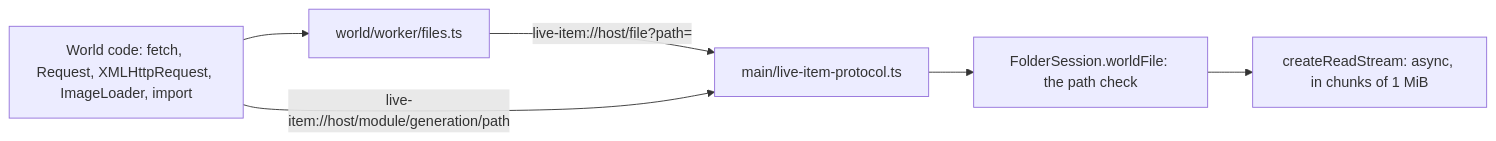
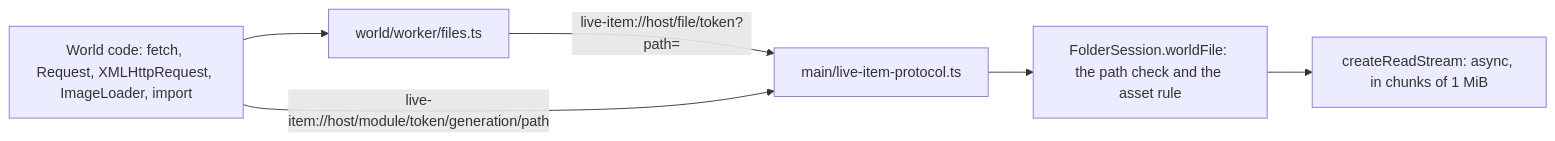
One commit to Nordup/askaboard changed the sixth of 7 diagrams in docs/learning-space/one-world-architecture.md. Above: the diagram before and after it, drawn with Mermaid. The commit also changed other lines of this file and 16 other files, not shown here.

First line of the commit message:
space: a world reads assets with its worker's token, and nothing from its realm counts as proof

````diff
--- a/docs/learning-space/one-world-architecture.md
+++ b/docs/learning-space/one-world-architecture.md
@@ -248,8 +253,8 @@
 ```mermaid
 flowchart LR
   W["World code: fetch, Request, XMLHttpRequest, ImageLoader, import"] --> F["world/worker/files.ts"]
-  F -- "live-item://host/file?path=" --> M["main/live-item-protocol.ts"]
-  W -- "live-item://host/module/generation/path" --> M
-  M --> G["FolderSession.worldFile: the path check"]
+  F -- "live-item://host/file/token?path=" --> M["main/live-item-protocol.ts"]
+  W -- "live-item://host/module/token/generation/path" --> M
+  M --> G["FolderSession.worldFile: the path check and the asset rule"]
   G --> S["createReadStream: async, in chunks of 1 MiB"]
 ```
````
